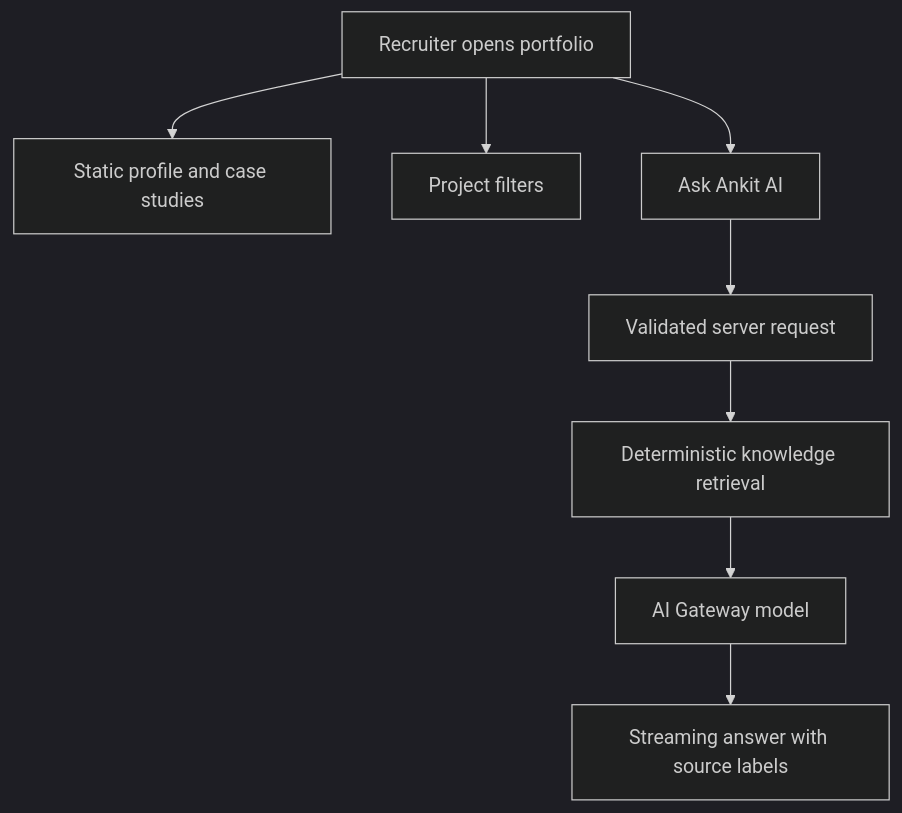
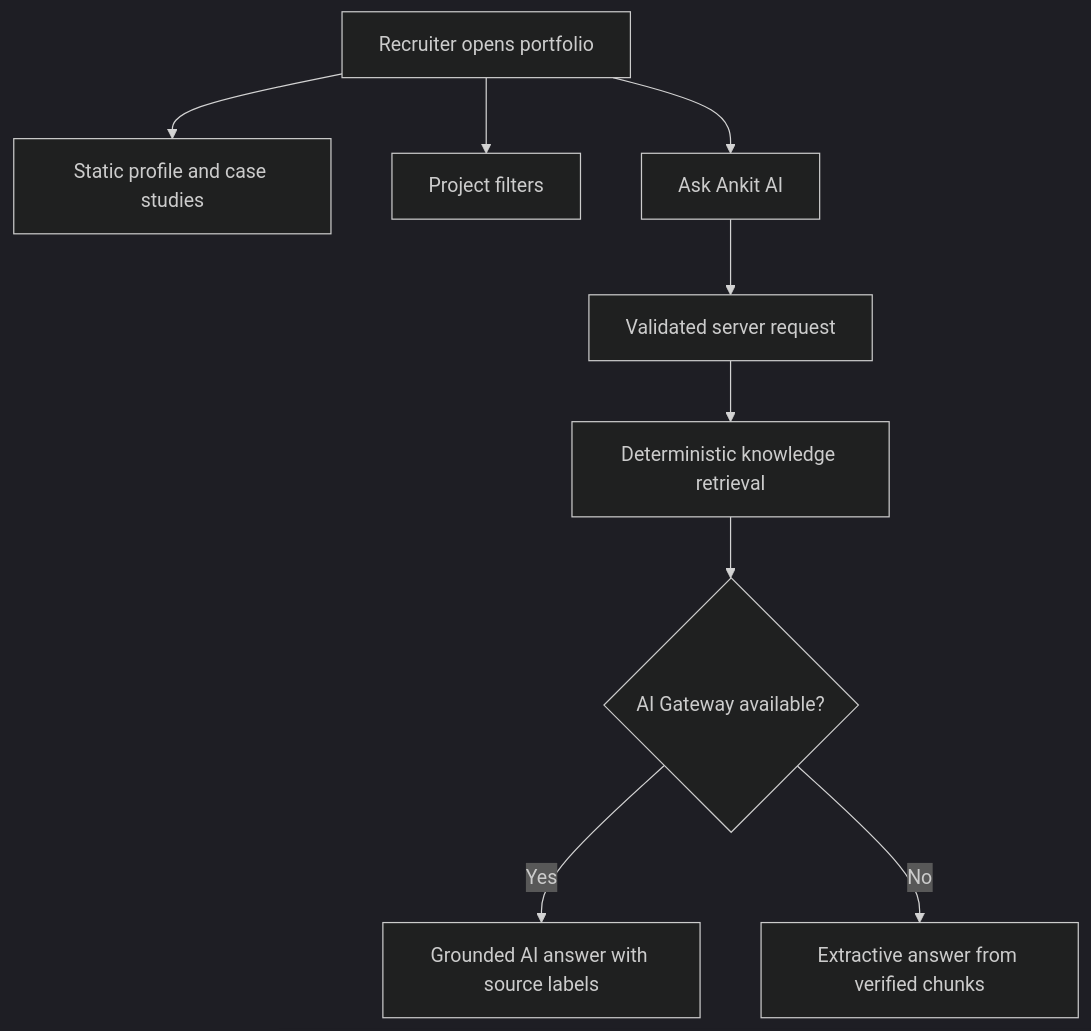
One commit to ankit180396/ankit-portfolio changed the diagram in docs/architecture.md. Above: the diagram before and after it, drawn with Mermaid (dark theme). The commit also changed other lines of this file and 5 other files, not shown here.

Commit message:
Keep portfolio Q&A grounded when AI Gateway is unavailable

````diff
--- a/docs/architecture.md
+++ b/docs/architecture.md
@@ -7,10 +7,11 @@
 ```mermaid
 flowchart TD
   A[Recruiter opens portfolio] --> B[Static profile and case studies]
   A --> C[Project filters]
   A --> D[Ask Ankit AI]
   D --> E[Validated server request]
   E --> F[Deterministic knowledge retrieval]
-  F --> G[AI Gateway model]
-  G --> H[Streaming answer with source labels]
+  F --> G{AI Gateway available?}
+  G -->|Yes| H[Grounded AI answer with source labels]
+  G -->|No| I[Extractive answer from verified chunks]
 ```
````
